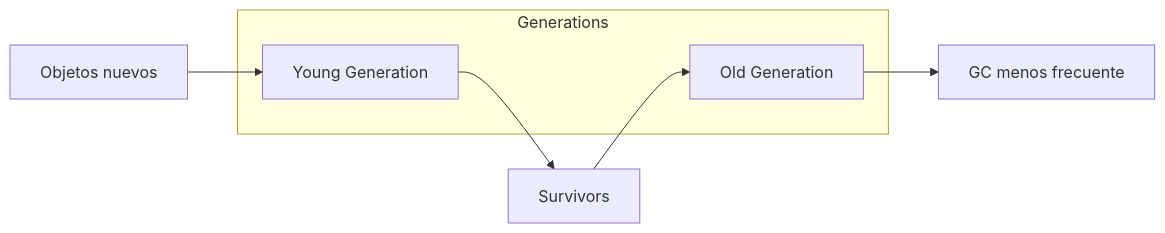
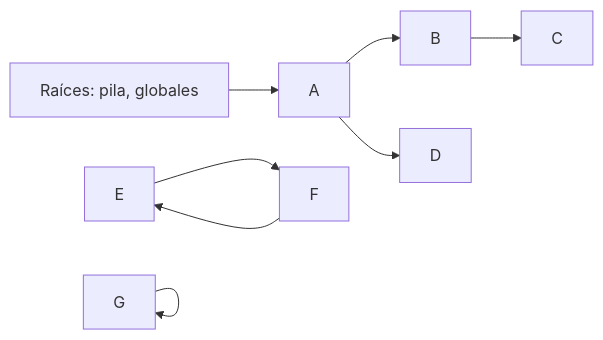
One commit to djaimej/computer-science-template changed the diagram in public/documents/semester-5/4/5444.md. Above: the diagram before and after it, drawn with Mermaid. The commit also changed other lines of this file and 7 other files, not shown here.

````diff
--- a/public/documents/semester-5/4/5444.md
+++ b/public/documents/semester-5/4/5444.md
@@ -251,12 +45,10 @@
 ```mermaid
 flowchart LR
-    A[Objetos nuevos] --> B[Young Generation]
-    B --> C[Survivors]
-    C --> D[Old Generation]
-    D --> E[GC menos frecuente]
-
-    subgraph Generations
-        B
-        D
-    end
+    R["Raíces: pila, globales"] --> A["A"]
+    A --> B["B"]
+    B --> C["C"]
+    A --> D["D"]
+    E["E"] --> F["F"]
+    F --> E
+    G["G"] --> G
 ```
````
